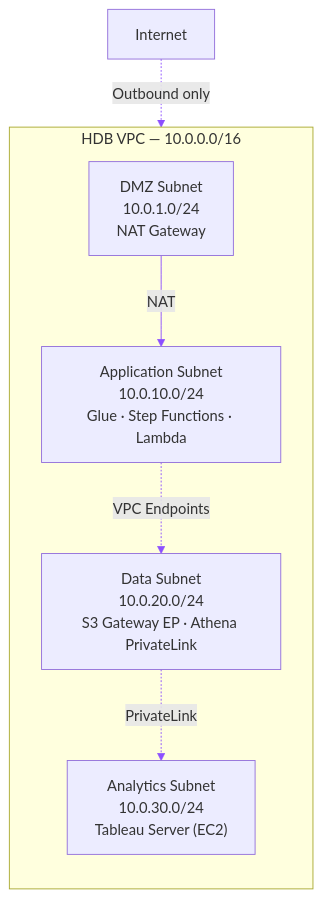
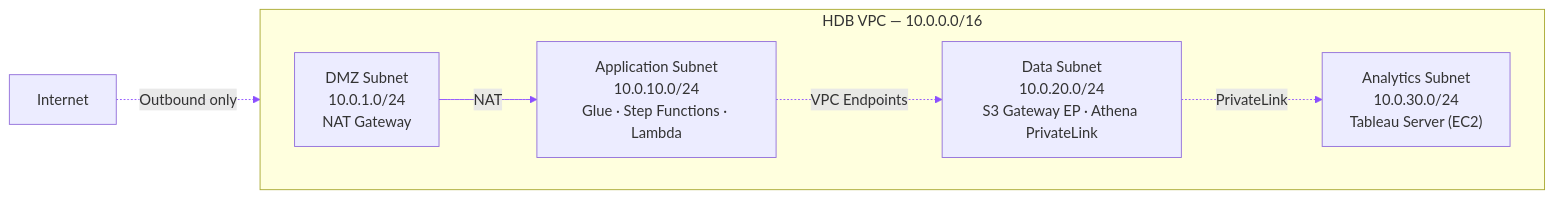
The fifth of 5 diagrams in architecture/ARCHITECTURE.md (jxhnthan/HDB), drawn with Mermaid before and after one commit. The commit also changed other lines of this file, not shown here.

````diff
--- a/architecture/ARCHITECTURE.md
+++ b/architecture/ARCHITECTURE.md
@@ -172,18 +172,18 @@
 ```mermaid
 %%{init: {"flowchart": {"htmlLabels": true, "curve": "basis"}, "themeVariables": {"primaryColor": "#f9f7ff", "primaryBorderColor": "#8c4fff", "lineColor": "#8c4fff", "tertiaryColor": "#f0f2f5"}}}%%
-flowchart TB
+flowchart LR
     INTERNET["Internet"]
 
     subgraph VPC["HDB VPC — 10.0.0.0/16"]
-        direction TB
+        direction LR
         DMZ["DMZ Subnet<br/>10.0.1.0/24<br/>NAT Gateway"]
         APP["Application Subnet<br/>10.0.10.0/24<br/>Glue · Step Functions · Lambda"]
         DATA["Data Subnet<br/>10.0.20.0/24<br/>S3 Gateway EP · Athena PrivateLink"]
         ANALYTICS["Analytics Subnet<br/>10.0.30.0/24<br/>Tableau Server (EC2)"]
     end
 
     INTERNET -.->|"Outbound only"| DMZ
     DMZ -->|"NAT"| APP
     APP -.->|"VPC Endpoints"| DATA
     DATA -.->|"PrivateLink"| ANALYTICS
 ```
````
